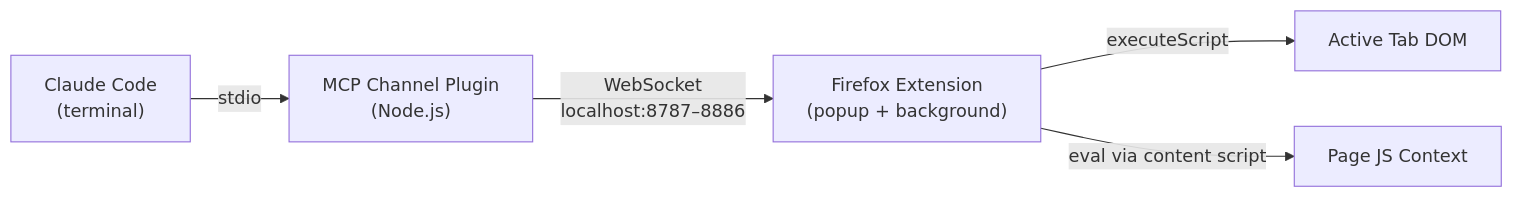
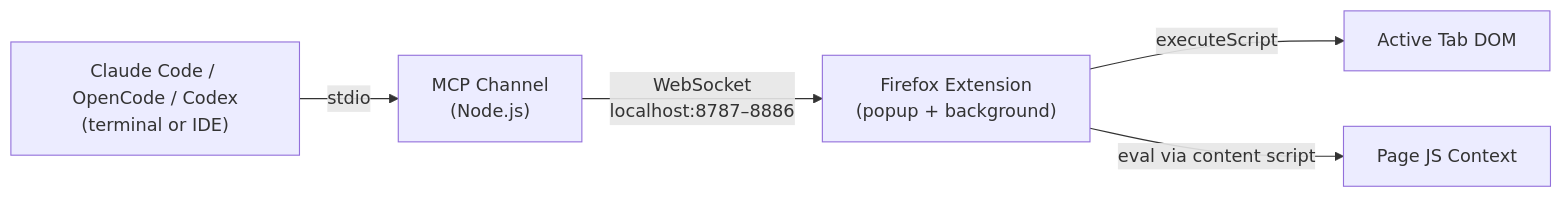
One commit to korchasa/foxcode changed the first of 3 diagrams in README.md. Above: the diagram before and after it, drawn with Mermaid. The commit also changed other lines of this file and 12 other files, not shown here.

````diff
--- a/README.md
+++ b/README.md
@@ -82,7 +109,7 @@
 ```mermaid
 graph LR
-  CC["Claude Code<br/>(terminal)"] -->|stdio| MCP["MCP Channel Plugin<br/>(Node.js)"]
+  CC["Claude Code / OpenCode / Codex<br/>(terminal or IDE)"] -->|stdio| MCP["MCP Channel<br/>(Node.js)"]
   MCP -->|"WebSocket<br/>localhost:8787–8886"| EXT["Firefox Extension<br/>(popup + background)"]
   EXT -->|executeScript| TAB["Active Tab DOM"]
   EXT -->|eval via content script| PAGE["Page JS Context"]
 ```
````
